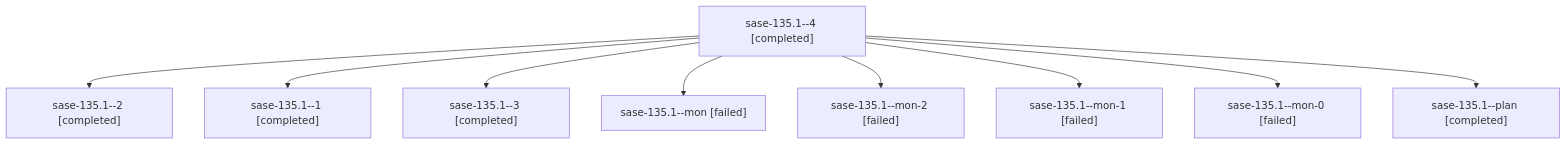
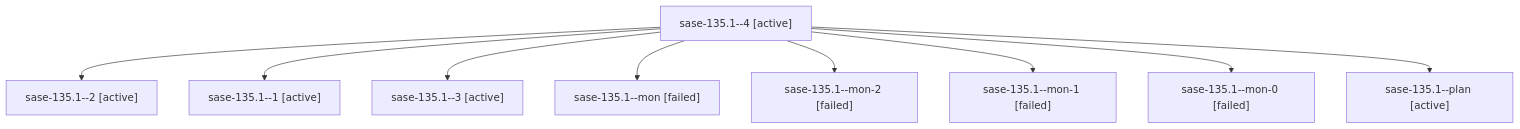
Before and after one commit to sase-org/sase--agents: the diagram in families/bbugyi200.athena.sase-135.1.md, drawn with Mermaid. The commit also changed other lines of this file and 35830 other files, not shown here.

````diff
--- a/families/bbugyi200.athena.sase-135.1.md
+++ b/families/bbugyi200.athena.sase-135.1.md
@@ -9,20 +9,20 @@
 ```mermaid
 flowchart TD
-  n0["sase-135.1--4 [completed]"]
-  n1["sase-135.1--2 [completed]"]
+  n0["sase-135.1--4 [active]"]
+  n1["sase-135.1--2 [active]"]
   n0 --> n1
-  n2["sase-135.1--1 [completed]"]
+  n2["sase-135.1--1 [active]"]
   n0 --> n2
-  n3["sase-135.1--3 [completed]"]
+  n3["sase-135.1--3 [active]"]
   n0 --> n3
   n4["sase-135.1--mon [failed]"]
   n0 --> n4
   n5["sase-135.1--mon-2 [failed]"]
   n0 --> n5
   n6["sase-135.1--mon-1 [failed]"]
   n0 --> n6
   n7["sase-135.1--mon-0 [failed]"]
   n0 --> n7
-  n8["sase-135.1--plan [completed]"]
+  n8["sase-135.1--plan [active]"]
   n0 --> n8
 ```
````
